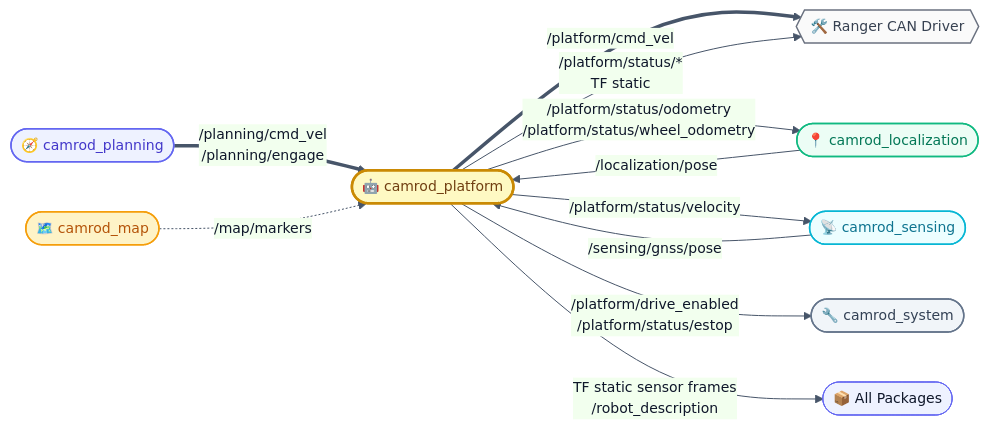
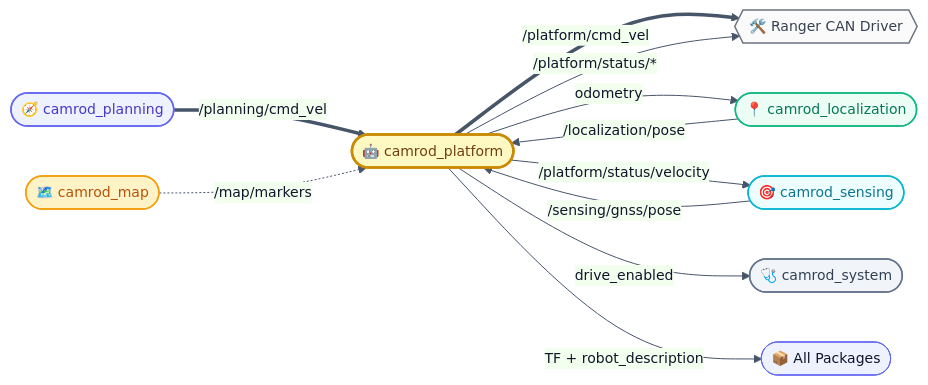
The first of 3 diagrams in camrod_platform/README.md (hwanhonglee/CAMROD), drawn with Mermaid before and after one commit. The commit also changed other lines of this file and 11 other files, not shown here.

First line of the commit message:
docs: fix Mermaid syntax errors and reduce emoji overuse in all READMEs

````diff
--- a/camrod_platform/README.md
+++ b/camrod_platform/README.md
@@ -42,34 +42,34 @@
 ```mermaid
 %%{init: {'theme': 'base', 'themeVariables': {'fontFamily': 'ui-sans-serif, system-ui, sans-serif', 'fontSize': '14px', 'primaryColor': '#EEF2FF', 'primaryTextColor': '#0F172A', 'primaryBorderColor': '#6366F1', 'lineColor': '#475569'}, 'flowchart': {'curve': 'basis', 'htmlLabels': true, 'padding': 12}}}%%
 graph LR
   classDef sensing      fill:#ECFEFF,stroke:#06B6D4,stroke-width:1.5px,color:#0E7490;
   classDef localization fill:#ECFDF5,stroke:#10B981,stroke-width:1.5px,color:#047857;
   classDef mapping      fill:#FEF3C7,stroke:#F59E0B,stroke-width:1.5px,color:#B45309;
   classDef perception   fill:#FCE7F3,stroke:#EC4899,stroke-width:1.5px,color:#9D174D;
   classDef planning     fill:#EEF2FF,stroke:#6366F1,stroke-width:1.5px,color:#4338CA;
   classDef platform     fill:#FEE2E2,stroke:#EF4444,stroke-width:1.5px,color:#B91C1C;
   classDef system       fill:#F1F5F9,stroke:#64748B,stroke-width:1.5px,color:#334155;
   classDef ui           fill:#FFF7ED,stroke:#F97316,stroke-width:1.5px,color:#C2410C;
   classDef hardware     fill:#FAFAFA,stroke:#6B7280,stroke-width:1.5px,color:#374151;
   classDef highlight    fill:#FEF9C3,stroke:#CA8A04,stroke-width:2.5px,color:#713F12;
 
-  PLAN([🧭 camrod_planning]) ==>|/planning/cmd_vel\n/planning/engage| PLAT
+  PLAN([🧭 camrod_planning]) ==>|/planning/cmd_vel| PLAT
   LOC([📍 camrod_localization]) -->|/localization/pose| PLAT
-  SENS([📡 camrod_sensing]) -->|/sensing/gnss/pose| PLAT
+  SENS([🎯 camrod_sensing]) -->|/sensing/gnss/pose| PLAT
   MAP([🗺️ camrod_map]) -.->|/map/markers| PLAT
 
   PLAT([🤖 camrod_platform]) ==>|/platform/cmd_vel| HW{{🛠️ Ranger CAN Driver}}
-  PLAT -->|/platform/status/*\nTF static| HW
-  PLAT -->|/platform/status/odometry\n/platform/status/wheel_odometry| LOC
+  PLAT -->|/platform/status/*| HW
+  PLAT -->|odometry| LOC
   PLAT -->|/platform/status/velocity| SENS
-  PLAT -->|/platform/drive_enabled\n/platform/status/estop| SYS([🔧 camrod_system])
-  PLAT -->|TF static sensor frames\n/robot_description| ALL([📦 All Packages])
+  PLAT -->|drive_enabled| SYS([🩺 camrod_system])
+  PLAT -->|TF + robot_description| ALL([📦 All Packages])
 
   class PLAN planning
   class LOC localization
   class SENS sensing
   class MAP mapping
   class SYS system
   class HW hardware
   class PLAT highlight
 ```
````
